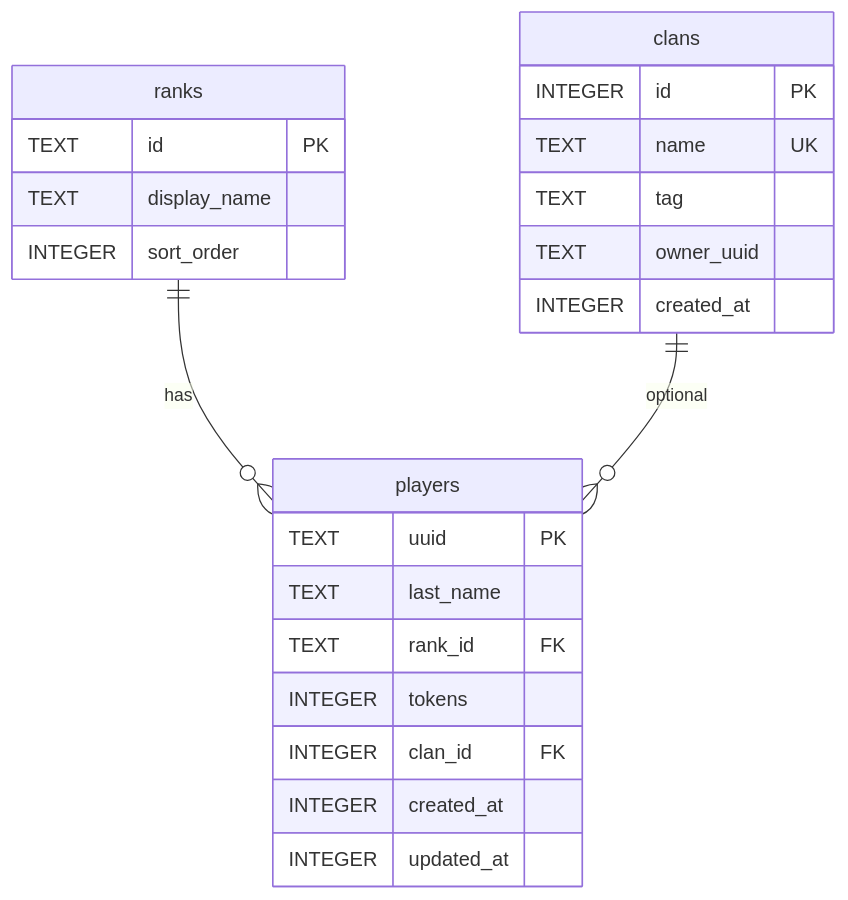
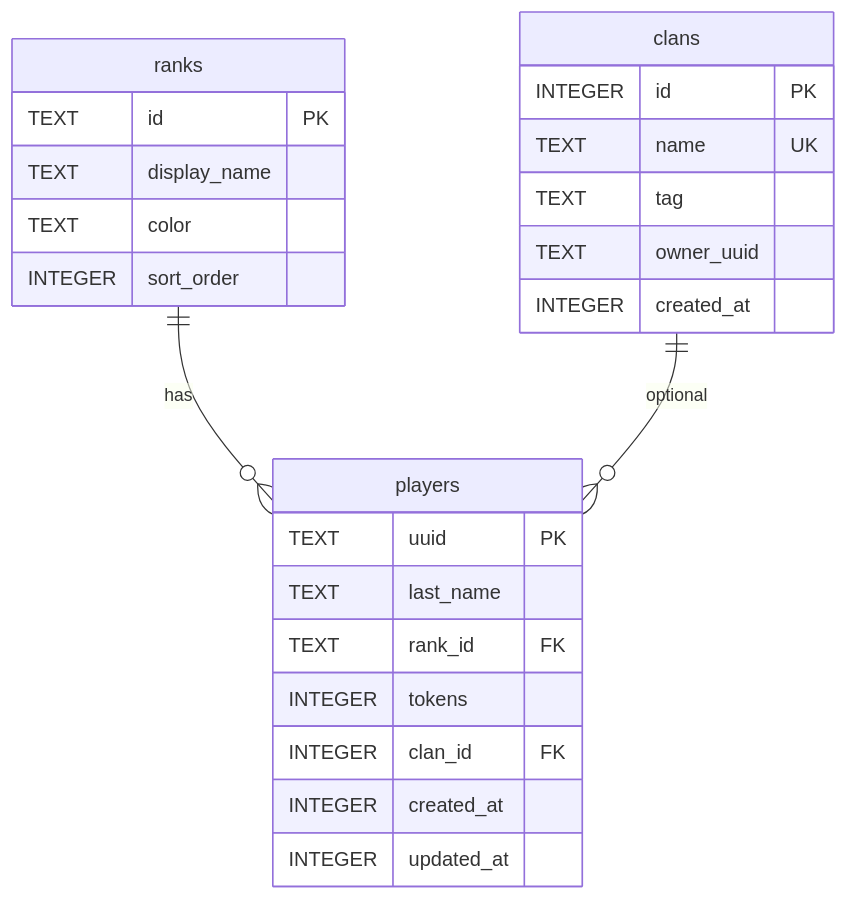
Before and after one commit to sashaPshonko/server: the diagram in server-plugin/docs/DB_SCHEMA.md, drawn with Mermaid. The commit also changed other lines of this file and 5 other files, not shown here.

````diff
--- a/server-plugin/docs/DB_SCHEMA.md
+++ b/server-plugin/docs/DB_SCHEMA.md
@@ -7,29 +7,30 @@
 ```mermaid
 erDiagram
     ranks ||--o{ players : has
     clans ||--o{ players : optional
 
     ranks {
         TEXT id PK
         TEXT display_name
+        TEXT color
         INTEGER sort_order
     }
 
     clans {
         INTEGER id PK
         TEXT name UK
         TEXT tag
         TEXT owner_uuid
         INTEGER created_at
     }
 
     players {
         TEXT uuid PK
         TEXT last_name
         TEXT rank_id FK
         INTEGER tokens
         INTEGER clan_id FK
         INTEGER created_at
         INTEGER updated_at
     }
 ```
````
